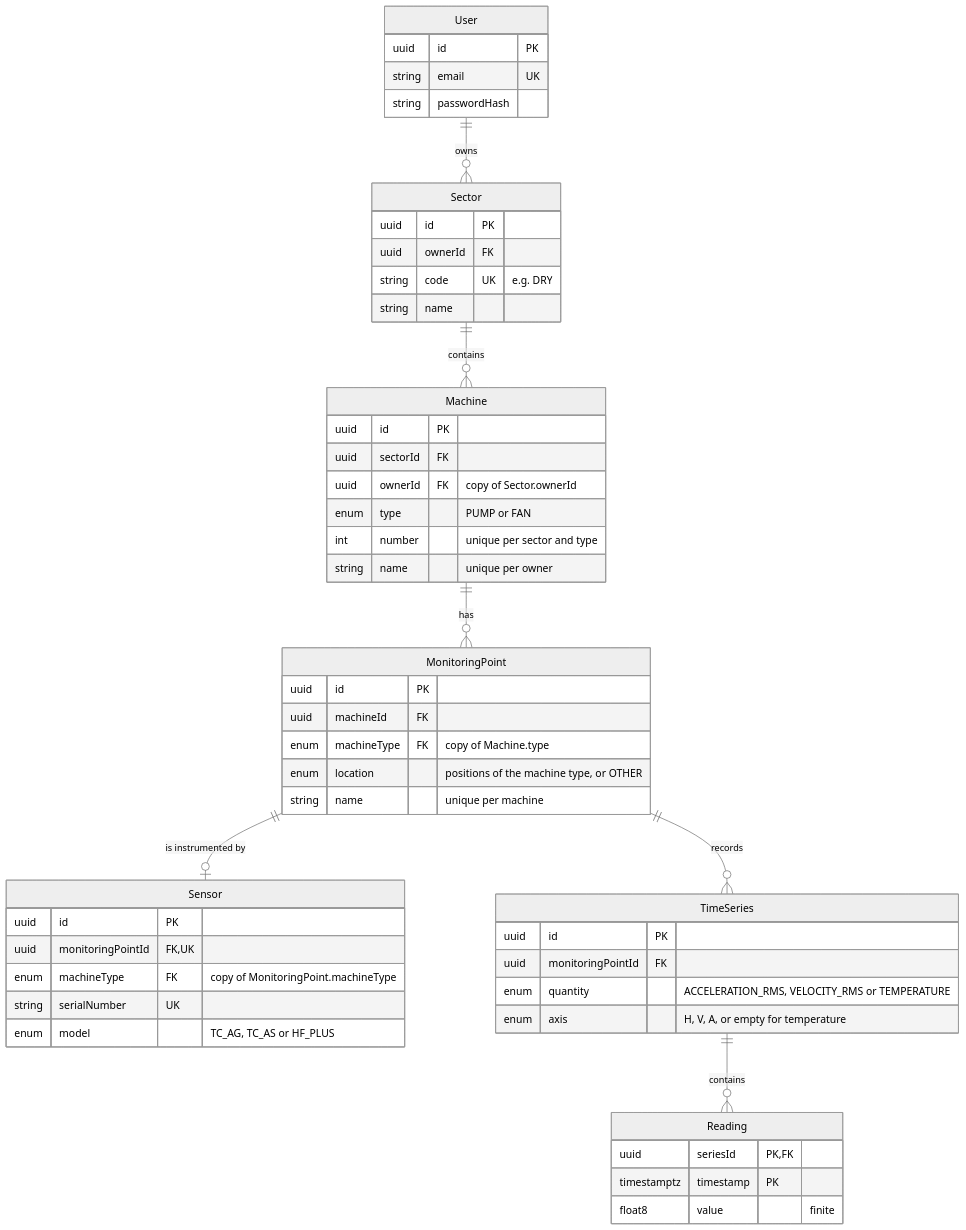
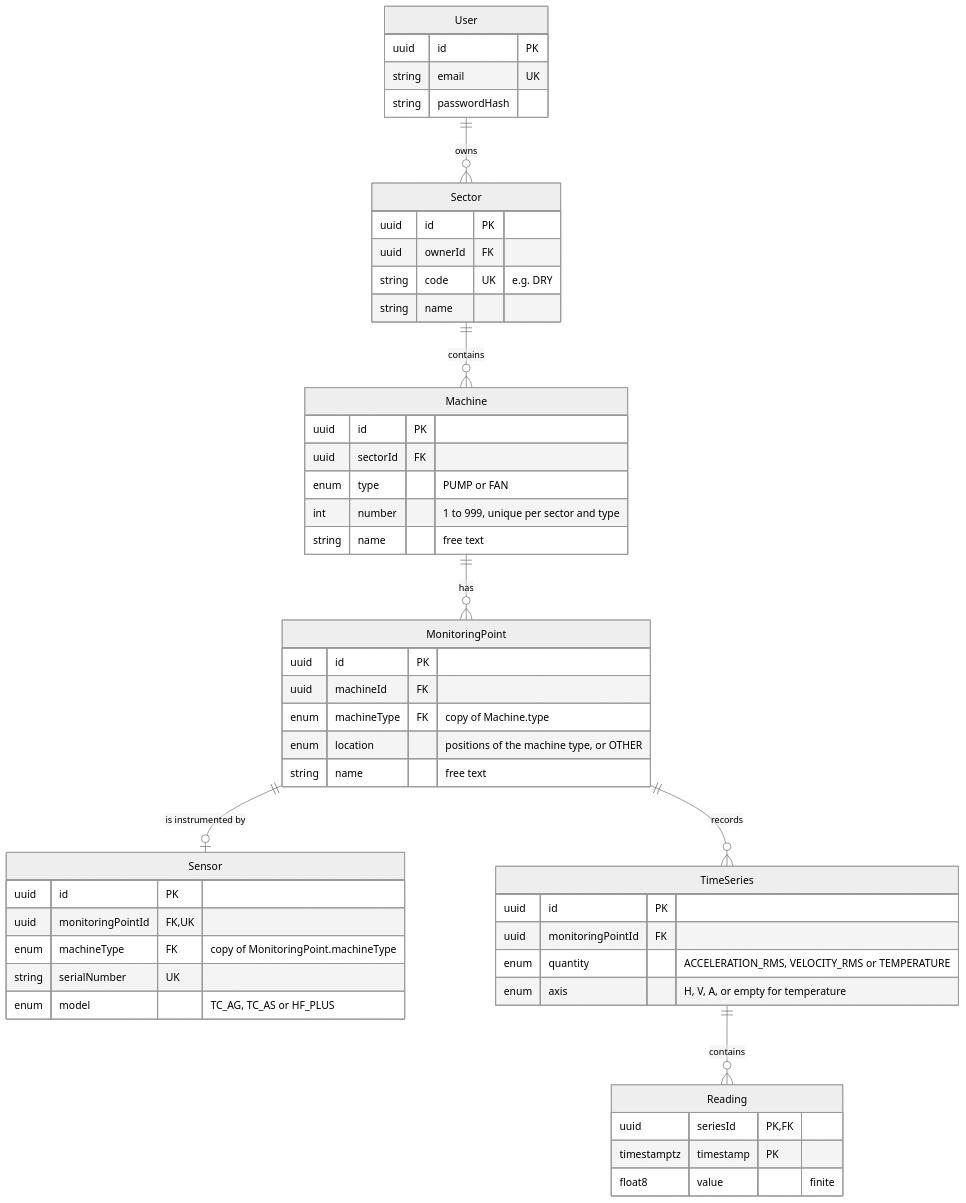
The diagram in condition-monitor/docs/domain-model.md (ellisonwilamil/developer-challenges), drawn with Mermaid (neutral theme) before and after one commit. The commit also changed other lines of this file and 2 other files, not shown here.

First line of the commit message:
docs: allow repeated machine and point names

````diff
--- a/condition-monitor/docs/domain-model.md
+++ b/condition-monitor/docs/domain-model.md
@@ -25,54 +25,53 @@
 ```mermaid
 erDiagram
     User ||--o{ Sector : owns
     Sector ||--o{ Machine : contains
     Machine ||--o{ MonitoringPoint : has
     MonitoringPoint ||--o| Sensor : "is instrumented by"
     MonitoringPoint ||--o{ TimeSeries : records
     TimeSeries ||--o{ Reading : contains
 
     User {
         uuid id PK
         string email UK
         string passwordHash
     }
     Sector {
         uuid id PK
         uuid ownerId FK
         string code UK "e.g. DRY"
         string name
     }
     Machine {
         uuid id PK
         uuid sectorId FK
-        uuid ownerId FK "copy of Sector.ownerId"
         enum type "PUMP or FAN"
-        int number "unique per sector and type"
-        string name "unique per owner"
+        int number "1 to 999, unique per sector and type"
+        string name "free text"
     }
     MonitoringPoint {
         uuid id PK
         uuid machineId FK
         enum machineType FK "copy of Machine.type"
         enum location "positions of the machine type, or OTHER"
-        string name "unique per machine"
+        string name "free text"
     }
     Sensor {
         uuid id PK
         uuid monitoringPointId FK,UK
         enum machineType FK "copy of MonitoringPoint.machineType"
         string serialNumber UK
         enum model "TC_AG, TC_AS or HF_PLUS"
     }
     TimeSeries {
         uuid id PK
         uuid monitoringPointId FK
         enum quantity "ACCELERATION_RMS, VELOCITY_RMS or TEMPERATURE"
         enum axis "H, V, A, or empty for temperature"
     }
     Reading {
         uuid seriesId PK,FK
         timestamptz timestamp PK
         float8 value "finite"
     }
 ```
````
